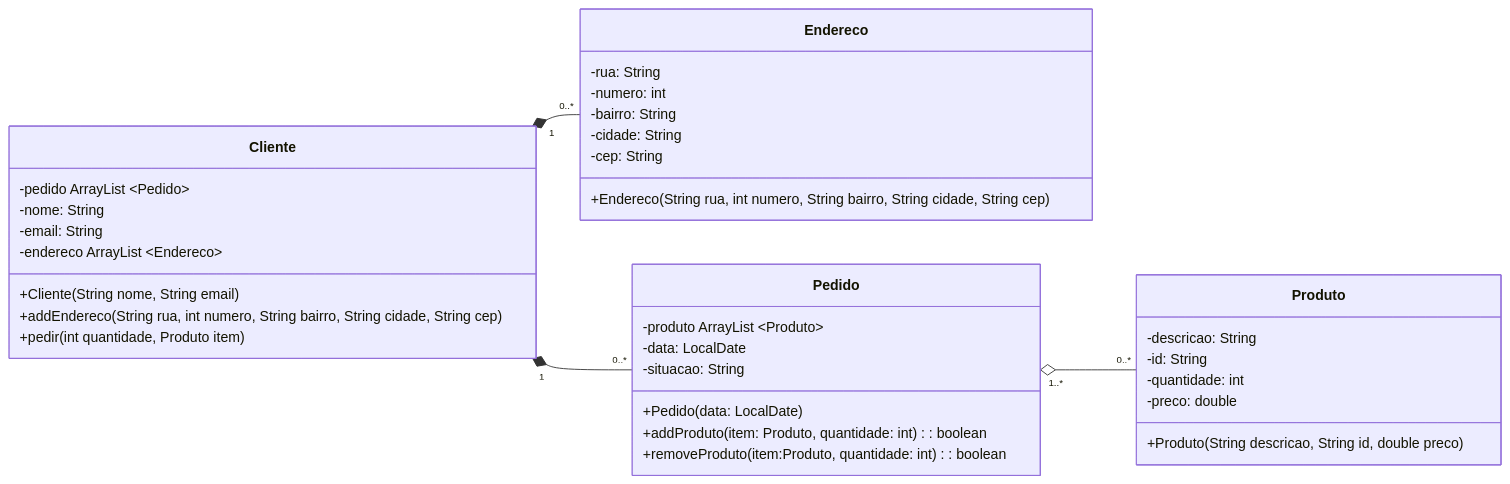
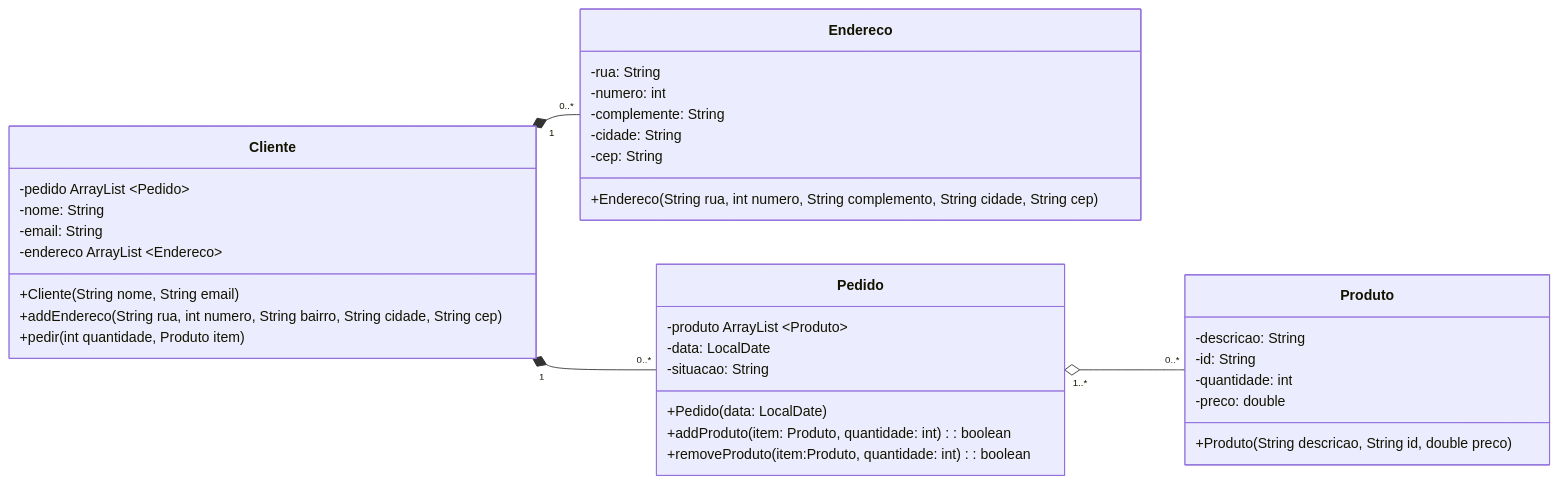
One commit to matheusposada/POO changed the diagram in lab-04/exercicio1/src/main/java/ads/poo/Readme.md. Above: the diagram before and after it, drawn with Mermaid. The commit also changed 7 other files, not shown here.

````diff
--- a/lab-04/exercicio1/src/main/java/ads/poo/Readme.md
+++ b/lab-04/exercicio1/src/main/java/ads/poo/Readme.md
@@ -3,47 +3,47 @@
 ```mermaid
 classDiagram
     direction LR
     
     
     class Produto {
         -descricao: String
         -id: String
         -quantidade: int
         -preco: double
         +Produto(String descricao, String id, double preco)
                 
     }
     
     class Cliente {
         -pedido ArrayList ~Pedido~
         -nome: String
         -email: String
         -endereco ArrayList ~Endereco~
         +Cliente(String nome, String email)
         +addEndereco(String rua, int numero, String bairro, String cidade, String cep)
         +pedir(int quantidade, Produto item)
     }
     class Endereco {
         -rua: String
         -numero: int
-        -bairro: String
+        -complemente: String
         -cidade: String
         -cep: String
-        +Endereco(String rua, int numero, String bairro, String cidade, String cep)
+        +Endereco(String rua, int numero, String complemento, String cidade, String cep)
     }
            
     class Pedido {
         -produto ArrayList ~Produto~
         -data: LocalDate
         -situacao: String
         +Pedido(data: LocalDate)
         +addProduto(item: Produto, quantidade: int): boolean
         +removeProduto(item:Produto, quantidade: int): boolean
     }
         Cliente "1" *-- "0..*" Endereco
         Cliente "1" *-- "0..*" Pedido
         Pedido "1..*" o-- "0..*" Produto  
         
        
        
  ```
````
